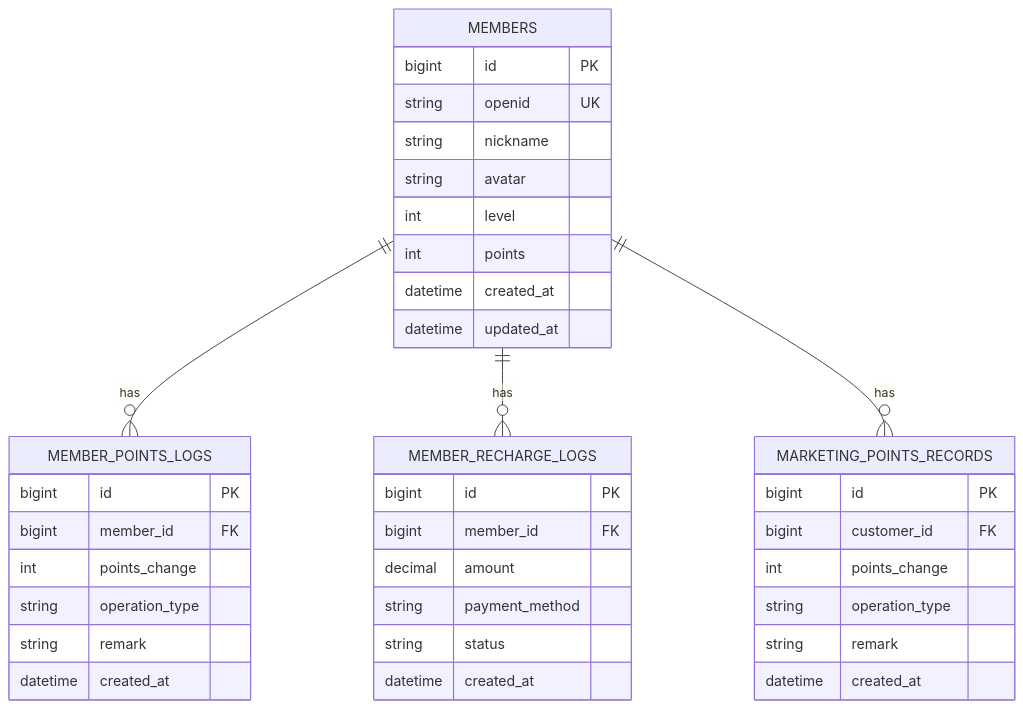
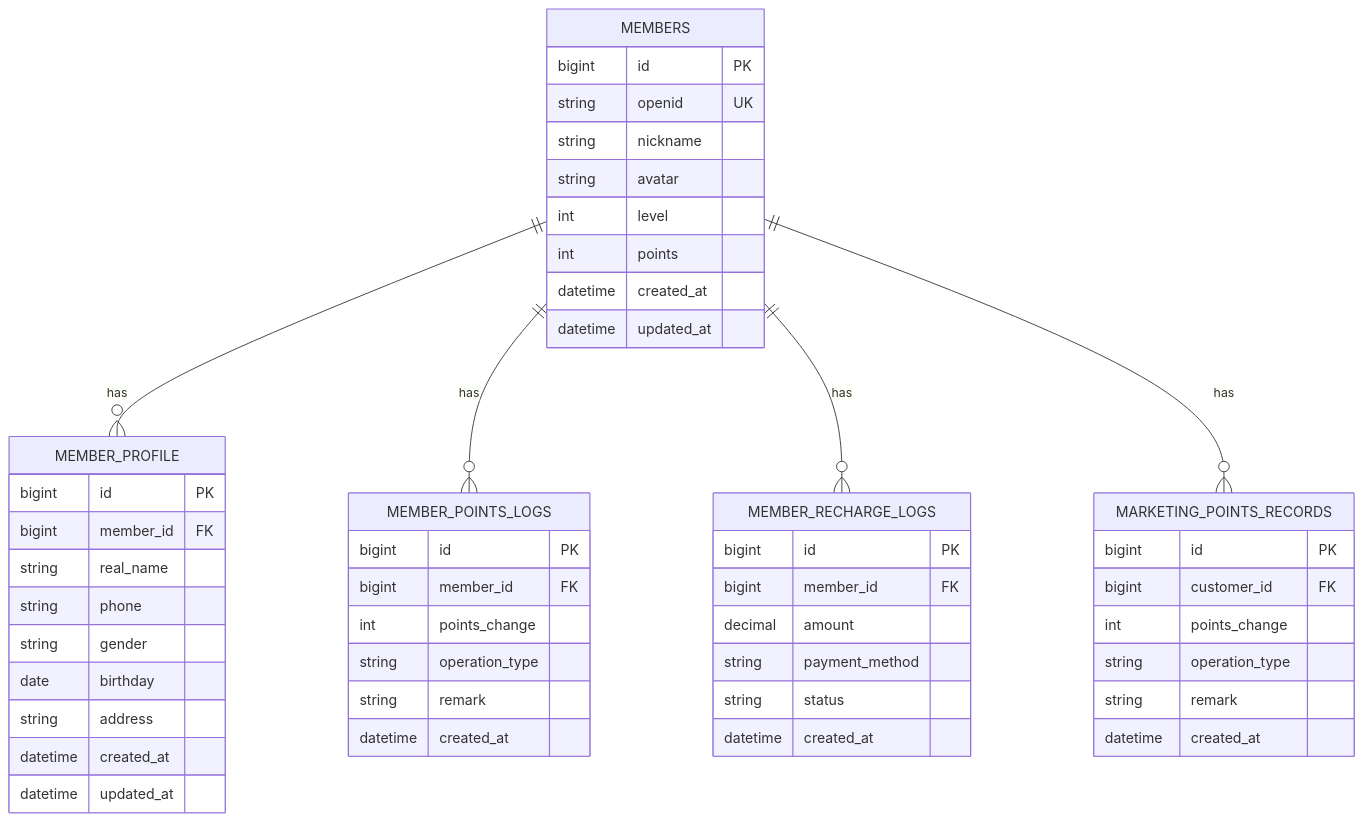
One commit to rc558620/purelyprofit-server changed diagram 13 of 13 in .qoder/repowiki/zh/content/业务模块/会员管理模块/会员管理模块.md. Above: the diagram before and after it, drawn with Mermaid. The commit also changed other lines of this file and 320 other files, not shown here.

````diff
--- a/.qoder/repowiki/zh/content/业务模块/会员管理模块/会员管理模块.md
+++ b/.qoder/repowiki/zh/content/业务模块/会员管理模块/会员管理模块.md
@@ -466,40 +630,52 @@
 ```mermaid
 erDiagram
 MEMBERS {
 bigint id PK
 string openid UK
 string nickname
 string avatar
 int level
 int points
+datetime created_at
+datetime updated_at
+}
+MEMBER_PROFILE {
+bigint id PK
+bigint member_id FK
+string real_name
+string phone
+string gender
+date birthday
+string address
 datetime created_at
 datetime updated_at
 }
 MEMBER_POINTS_LOGS {
 bigint id PK
 bigint member_id FK
 int points_change
 string operation_type
 string remark
 datetime created_at
 }
 MEMBER_RECHARGE_LOGS {
 bigint id PK
 bigint member_id FK
 decimal amount
 string payment_method
 string status
 datetime created_at
 }
 MARKETING_POINTS_RECORDS {
 bigint id PK
 bigint customer_id FK
 int points_change
 string operation_type
 string remark
 datetime created_at
 }
+MEMBERS ||--o{ MEMBER_PROFILE : has
 MEMBERS ||--o{ MEMBER_POINTS_LOGS : has
 MEMBERS ||--o{ MEMBER_RECHARGE_LOGS : has
 MEMBERS ||--o{ MARKETING_POINTS_RECORDS : has
 ```
````
